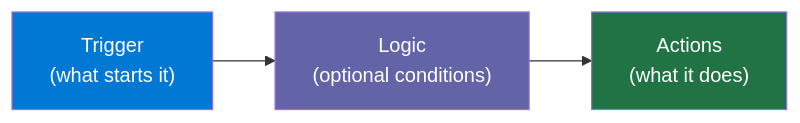
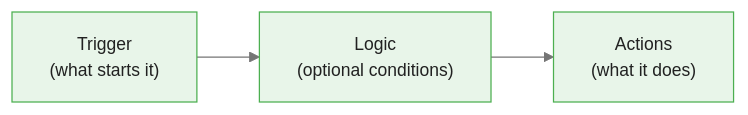
The first of 6 diagrams in courses/power-automate/modules/module_01_first_cloud_flow/guides/01_creating_first_flow_slides.md (m-deane/course-creator), drawn with Mermaid before and after one commit. The commit also changed other lines of this file and 72 other files, not shown here.

````diff
--- a/courses/power-automate/modules/module_01_first_cloud_flow/guides/01_creating_first_flow_slides.md
+++ b/courses/power-automate/modules/module_01_first_cloud_flow/guides/01_creating_first_flow_slides.md
@@ -26,8 +28,6 @@
 ```mermaid
+%%{init: {"theme": "base", "themeVariables": {"primaryColor": "#e8f5e9", "primaryBorderColor": "#4caf50", "primaryTextColor": "#212121", "secondaryColor": "#e3f2fd", "tertiaryColor": "#fff8e1", "lineColor": "#757575", "fontFamily": "Inter, sans-serif", "fontSize": "14px"}}}%%
 graph LR
     T["Trigger\n(what starts it)"] --> L["Logic\n(optional conditions)"]
     L --> A["Actions\n(what it does)"]
-    style T fill:#0078D4,color:#fff
-    style L fill:#6264A7,color:#fff
-    style A fill:#217346,color:#fff
 ```
````
